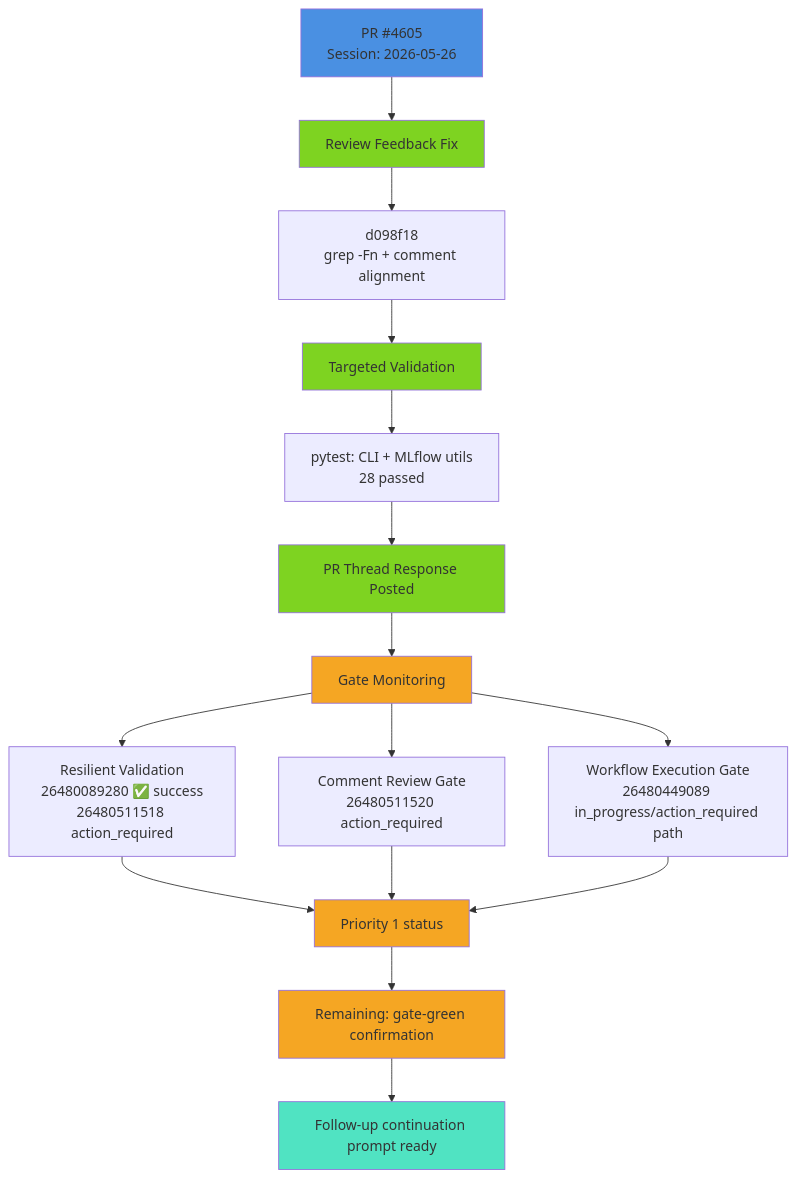
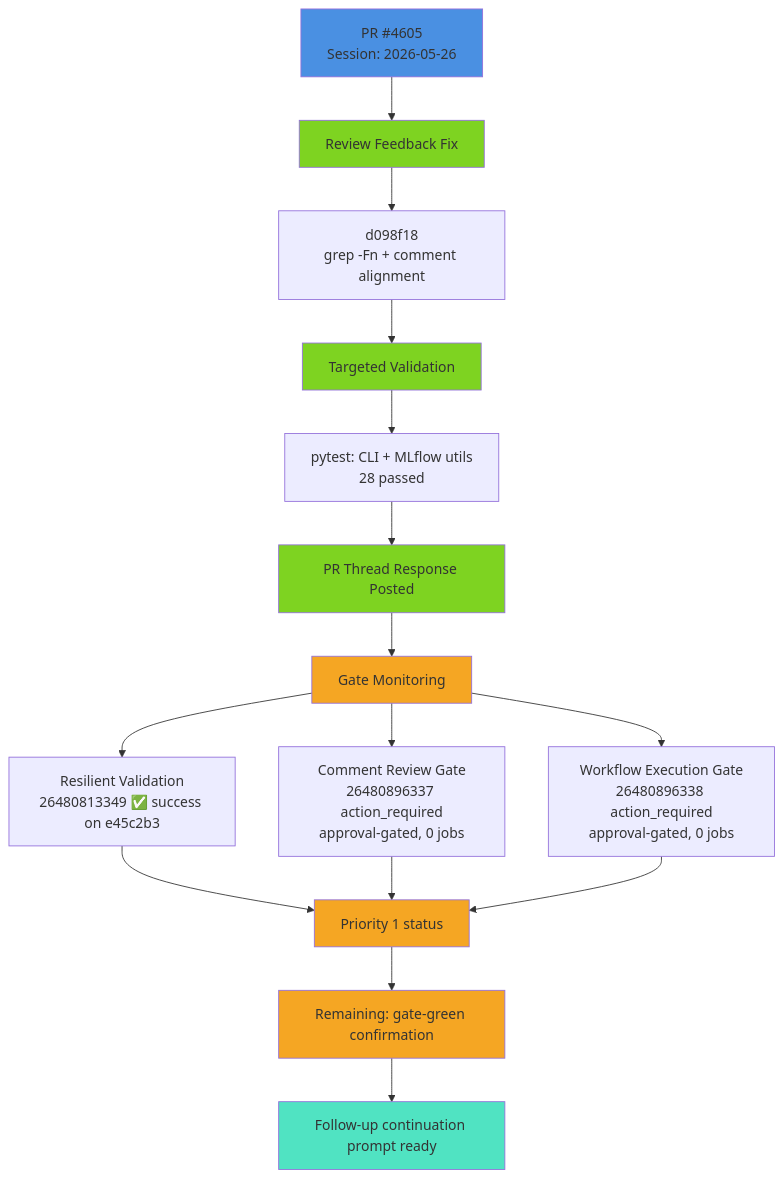
Before and after one commit to Aries-Serpent/_codex_: the diagram in docs/roadmap/PR4605_session_diagram.mmd, drawn with Mermaid. The commit also changed 3 other files, not shown here.

```diff
--- a/docs/roadmap/PR4605_session_diagram.mmd
+++ b/docs/roadmap/PR4605_session_diagram.mmd
@@ -1,27 +1,27 @@
 graph TD
     A["PR #4605<br/>Session: 2026-05-26"] --> B["Review Feedback Fix"]
     B --> B1["d098f18<br/>grep -Fn + comment alignment"]
     B1 --> C["Targeted Validation"]
     C --> C1["pytest: CLI + MLflow utils<br/>28 passed"]
     C1 --> D["PR Thread Response Posted"]
     D --> E["Gate Monitoring"]
 
-    E --> E1["Resilient Validation<br/>26480089280 ✅ success<br/>26480511518 action_required"]
-    E --> E2["Comment Review Gate<br/>26480511520 action_required"]
-    E --> E3["Workflow Execution Gate<br/>26480449089 in_progress/action_required path"]
+    E --> E1["Resilient Validation<br/>26480813349 ✅ success on e45c2b3"]
+    E --> E2["Comment Review Gate<br/>26480896337 action_required<br/>approval-gated, 0 jobs"]
+    E --> E3["Workflow Execution Gate<br/>26480896338 action_required<br/>approval-gated, 0 jobs"]
 
     E1 --> F["Priority 1 status"]
     E2 --> F
     E3 --> F
 
     F --> G["Remaining: gate-green confirmation"]
     G --> H["Follow-up continuation prompt ready"]
 
     style A fill:#4a90e2
     style B fill:#7ed321
     style C fill:#7ed321
     style D fill:#7ed321
     style E fill:#f5a623
     style F fill:#f5a623
     style G fill:#f5a623
     style H fill:#50e3c2
```
